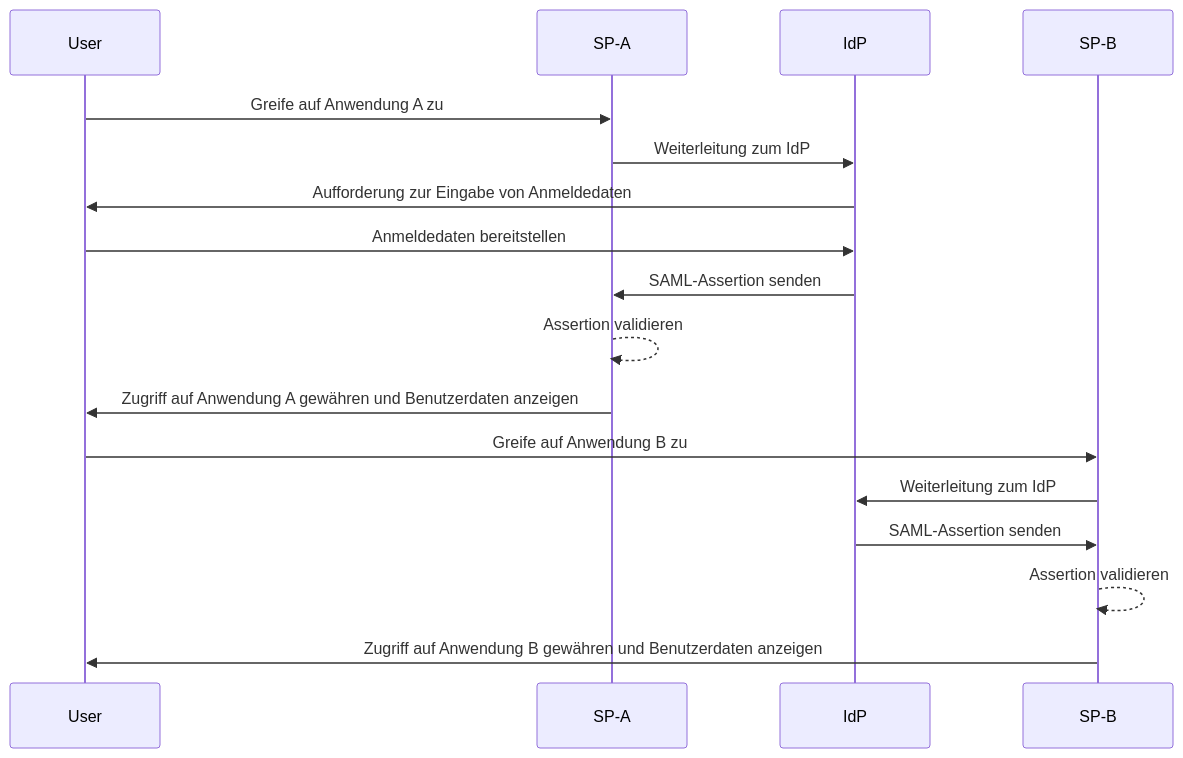
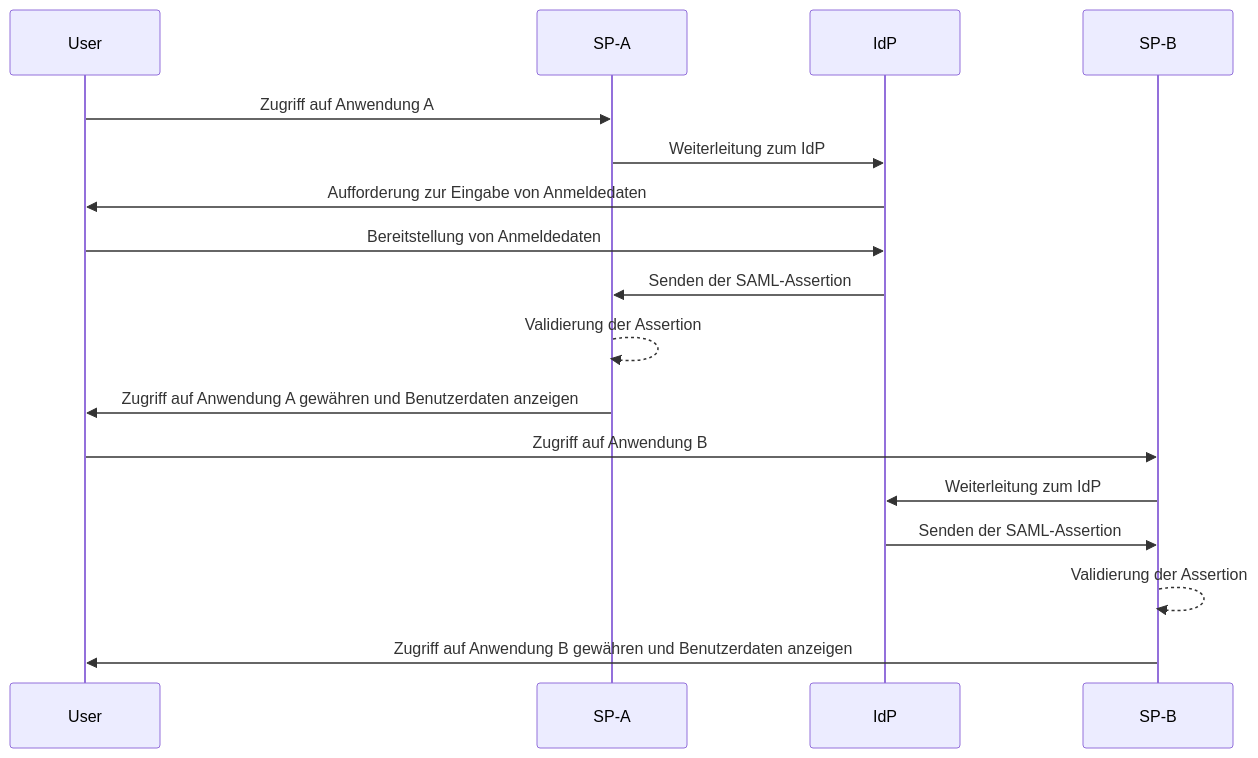
One commit to logto-io/auth-wiki changed the first of 2 diagrams in src/content/terms/de/single-sign-on.mdx. Above: the diagram before and after it, drawn with Mermaid. The commit also changed other lines of this file and 8 other files, not shown here.

````diff
--- a/src/content/terms/de/single-sign-on.mdx
+++ b/src/content/terms/de/single-sign-on.mdx
@@ -29,20 +31,20 @@
 ```mermaid
 sequenceDiagram
     participant User
     participant SP-A
     participant IdP
     participant SP-B
 
-    User->>SP-A: Greife auf Anwendung A zu
+    User->>SP-A: Zugriff auf Anwendung A
     SP-A->>IdP: Weiterleitung zum IdP
     IdP->>User: Aufforderung zur Eingabe von Anmeldedaten
-    User->>IdP: Anmeldedaten bereitstellen
-    IdP->>SP-A: SAML-Assertion senden
-    SP-A-->>SP-A: Assertion validieren
+    User->>IdP: Bereitstellung von Anmeldedaten
+    IdP->>SP-A: Senden der SAML-Assertion
+    SP-A-->>SP-A: Validierung der Assertion
     SP-A->>User: Zugriff auf Anwendung A gewähren und Benutzerdaten anzeigen
-    User->>SP-B: Greife auf Anwendung B zu
+    User->>SP-B: Zugriff auf Anwendung B
     SP-B->>IdP: Weiterleitung zum IdP
-    IdP->>SP-B: SAML-Assertion senden
-    SP-B-->>SP-B: Assertion validieren
+    IdP->>SP-B: Senden der SAML-Assertion
+    SP-B-->>SP-B: Validierung der Assertion
     SP-B->>User: Zugriff auf Anwendung B gewähren und Benutzerdaten anzeigen
 ```
````
